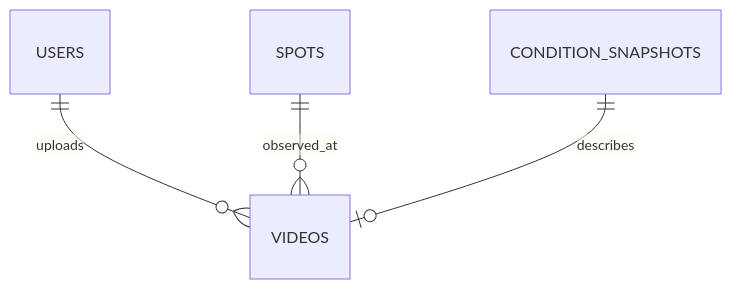
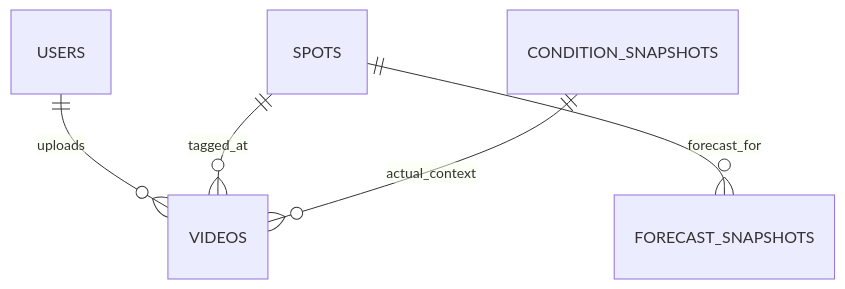
One commit to n8886919/surf-video-share-tw changed the diagram in docs/DATA_MODEL.md. Above: the diagram before and after it, drawn with Mermaid. The commit also changed other lines of this file and 45 other files, not shown here.

````diff
--- a/docs/DATA_MODEL.md
+++ b/docs/DATA_MODEL.md
@@ -5,6 +3,7 @@
 ```mermaid
 erDiagram
   USERS ||--o{ VIDEOS : uploads
-  SPOTS ||--o{ VIDEOS : observed_at
-  CONDITION_SNAPSHOTS ||--o| VIDEOS : describes
+  SPOTS ||--o{ VIDEOS : tagged_at
+  CONDITION_SNAPSHOTS ||--o{ VIDEOS : actual_context
+  SPOTS ||--o{ FORECAST_SNAPSHOTS : forecast_for
 ```
````
